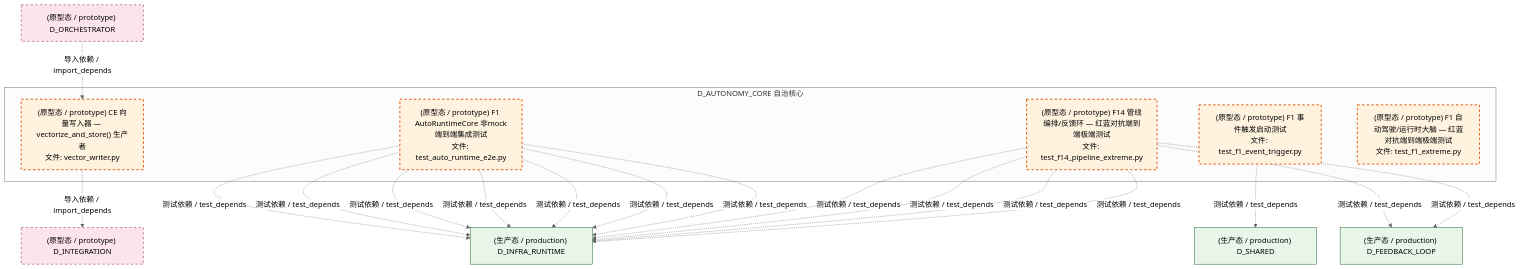
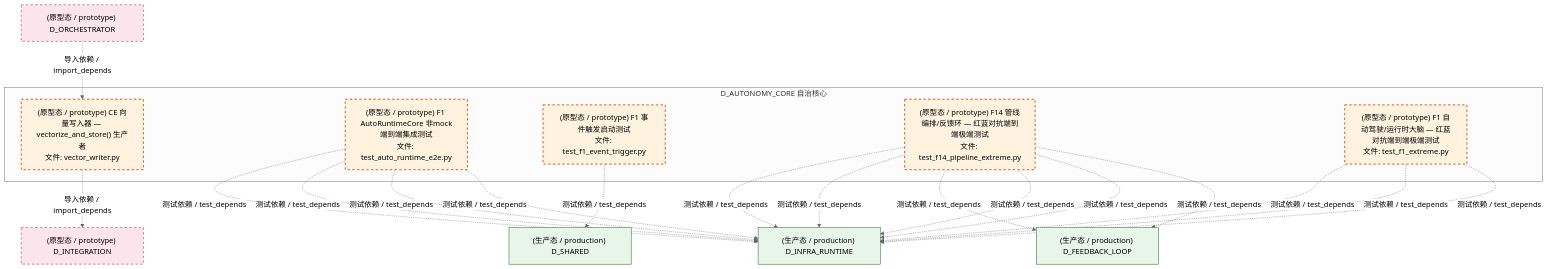
Before and after one commit to xuanFelixVan/ZephyrAlpha: the seventh of 8 diagrams in docs/02_enterprise_architecture/02_domain_architecture_docs/07_d_autonomy_core.md, drawn with Mermaid (neutral theme). The commit also changed other lines of this file and 102 other files, not shown here.

````diff
--- a/docs/02_enterprise_architecture/02_domain_architecture_docs/07_d_autonomy_core.md
+++ b/docs/02_enterprise_architecture/02_domain_architecture_docs/07_d_autonomy_core.md
@@ -763,38 +764,38 @@
 ```mermaid
 graph TD
     subgraph D_AUTONOMY_CORE["D_AUTONOMY_CORE 自治核心"]
         src_zephyr_integration_vector_memory_vector_writer_py["(原型态 / prototype) CE 向量写入器 — vectorize_and_store() 生产者<br/>文件: vector_writer.py"]
         tests_automation_test_auto_runtime_e2e_py["(原型态 / prototype) F1 AutoRuntimeCore 非mock端到端集成测试<br/>文件: test_auto_runtime_e2e.py"]
         tests_f_lifecycle_test_f1_event_trigger_py["(原型态 / prototype) F1 事件触发启动测试<br/>文件: test_f1_event_trigger.py"]
         tests_trading_extreme_test_f14_pipeline_extreme_py["(原型态 / prototype) F14 管线编排/反馈环 — 红蓝对抗端到端极端测试<br/>文件: test_f14_pipeline_extreme.py"]
         tests_trading_extreme_test_f1_extreme_py["(原型态 / prototype) F1 自动驾驶/运行时大脑 — 红蓝对抗端到端极端测试<br/>文件: test_f1_extreme.py"]
     end
+    D_INFRA_RUNTIME["(生产态 / production) D_INFRA_RUNTIME"]
+    tests_automation_test_auto_runtime_e2e_py -.->|测试依赖 / test_depends| D_INFRA_RUNTIME
+    D_FEEDBACK_LOOP["(生产态 / production) D_FEEDBACK_LOOP"]
+    tests_trading_extreme_test_f14_pipeline_extreme_py -.->|测试依赖 / test_depends| D_FEEDBACK_LOOP
     D_INTEGRATION["(原型态 / prototype) D_INTEGRATION"]
     src_zephyr_integration_vector_memory_vector_writer_py -.->|导入依赖 / import_depends| D_INTEGRATION
-    D_INFRA_RUNTIME["(生产态 / production) D_INFRA_RUNTIME"]
+    tests_trading_extreme_test_f14_pipeline_extreme_py -.->|测试依赖 / test_depends| D_INFRA_RUNTIME
+    tests_trading_extreme_test_f14_pipeline_extreme_py -.->|测试依赖 / test_depends| D_INFRA_RUNTIME
+    tests_trading_extreme_test_f14_pipeline_extreme_py -.->|测试依赖 / test_depends| D_FEEDBACK_LOOP
+    tests_automation_test_auto_runtime_e2e_py -.->|测试依赖 / test_depends| D_INFRA_RUNTIME
+    tests_trading_extreme_test_f14_pipeline_extreme_py -.->|测试依赖 / test_depends| D_INFRA_RUNTIME
+    tests_trading_extreme_test_f1_extreme_py -.->|测试依赖 / test_depends| D_INFRA_RUNTIME
+    tests_trading_extreme_test_f1_extreme_py -.->|测试依赖 / test_depends| D_INFRA_RUNTIME
     tests_automation_test_auto_runtime_e2e_py -.->|测试依赖 / test_depends| D_INFRA_RUNTIME
     tests_automation_test_auto_runtime_e2e_py -.->|测试依赖 / test_depends| D_INFRA_RUNTIME
-    tests_automation_test_auto_runtime_e2e_py -.->|测试依赖 / test_depends| D_INFRA_RUNTIME
-    tests_automation_test_auto_runtime_e2e_py -.->|测试依赖 / test_depends| D_INFRA_RUNTIME
-    tests_automation_test_auto_runtime_e2e_py -.->|测试依赖 / test_depends| D_INFRA_RUNTIME
-    tests_automation_test_auto_runtime_e2e_py -.->|测试依赖 / test_depends| D_INFRA_RUNTIME
-    tests_automation_test_auto_runtime_e2e_py -.->|测试依赖 / test_depends| D_INFRA_RUNTIME
+    tests_trading_extreme_test_f14_pipeline_extreme_py -.->|测试依赖 / test_depends| D_INFRA_RUNTIME
+    tests_trading_extreme_test_f1_extreme_py -.->|测试依赖 / test_depends| D_INFRA_RUNTIME
     D_SHARED["(生产态 / production) D_SHARED"]
     tests_f_lifecycle_test_f1_event_trigger_py -.->|测试依赖 / test_depends| D_SHARED
-    tests_trading_extreme_test_f14_pipeline_extreme_py -.->|测试依赖 / test_depends| D_INFRA_RUNTIME
-    D_FEEDBACK_LOOP["(生产态 / production) D_FEEDBACK_LOOP"]
-    tests_trading_extreme_test_f14_pipeline_extreme_py -.->|测试依赖 / test_depends| D_FEEDBACK_LOOP
-    tests_trading_extreme_test_f14_pipeline_extreme_py -.->|测试依赖 / test_depends| D_FEEDBACK_LOOP
-    tests_trading_extreme_test_f14_pipeline_extreme_py -.->|测试依赖 / test_depends| D_INFRA_RUNTIME
-    tests_trading_extreme_test_f14_pipeline_extreme_py -.->|测试依赖 / test_depends| D_INFRA_RUNTIME
-    tests_trading_extreme_test_f14_pipeline_extreme_py -.->|测试依赖 / test_depends| D_INFRA_RUNTIME
     D_ORCHESTRATOR["(原型态 / prototype) D_ORCHESTRATOR"]
     D_ORCHESTRATOR -.->|导入依赖 / import_depends| src_zephyr_integration_vector_memory_vector_writer_py
     classDef production fill:#e1f5fe,stroke:#01579b,stroke-width:2px,color:#000
     classDef design fill:#fff3e0,stroke:#e65100,stroke-width:2px,color:#000,stroke-dasharray: 5 5
     classDef external_prod fill:#e8f5e9,stroke:#1b5e20,stroke-width:1px,color:#000
     classDef external_design fill:#fce4ec,stroke:#880e4f,stroke-width:1px,color:#000,stroke-dasharray: 5 5
     class src_zephyr_integration_vector_memory_vector_writer_py,tests_automation_test_auto_runtime_e2e_py,tests_f_lifecycle_test_f1_event_trigger_py,tests_trading_extreme_test_f14_pipeline_extreme_py,tests_trading_extreme_test_f1_extreme_py design
-    class D_INFRA_RUNTIME,D_SHARED,D_FEEDBACK_LOOP external_prod
+    class D_INFRA_RUNTIME,D_FEEDBACK_LOOP,D_SHARED external_prod
     class D_INTEGRATION,D_ORCHESTRATOR external_design
 ```
````
